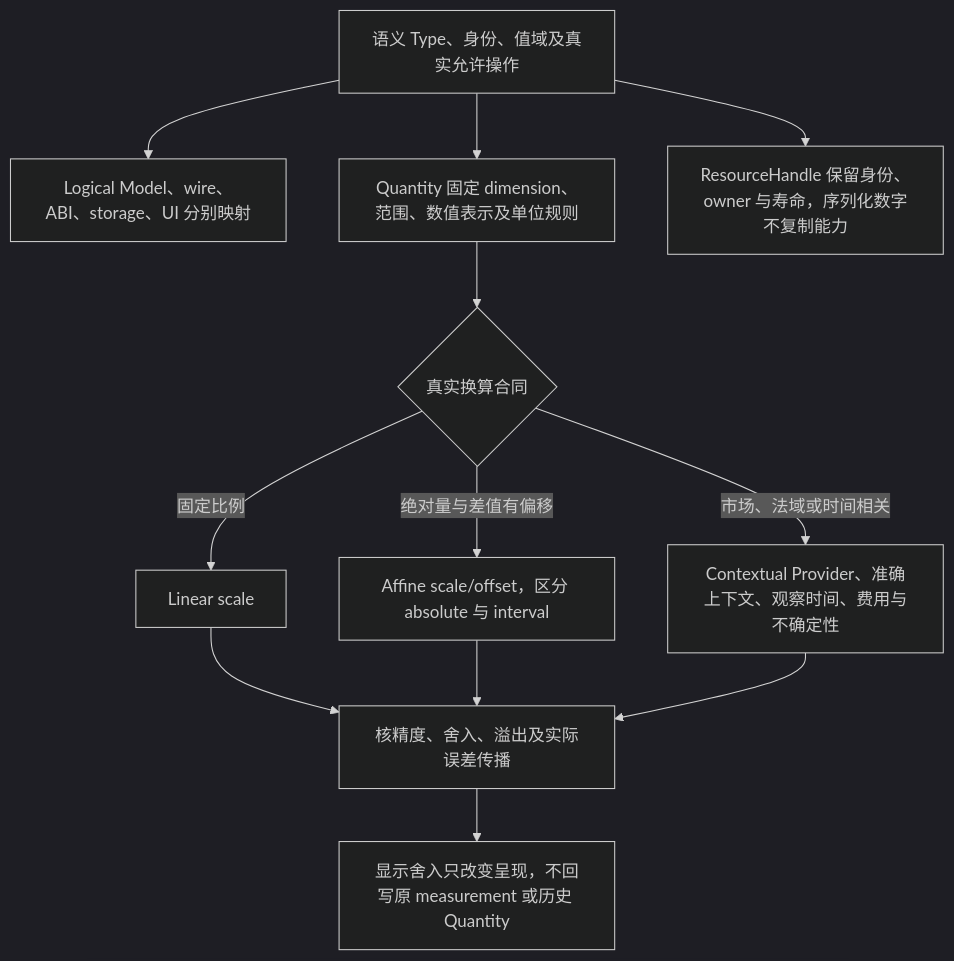
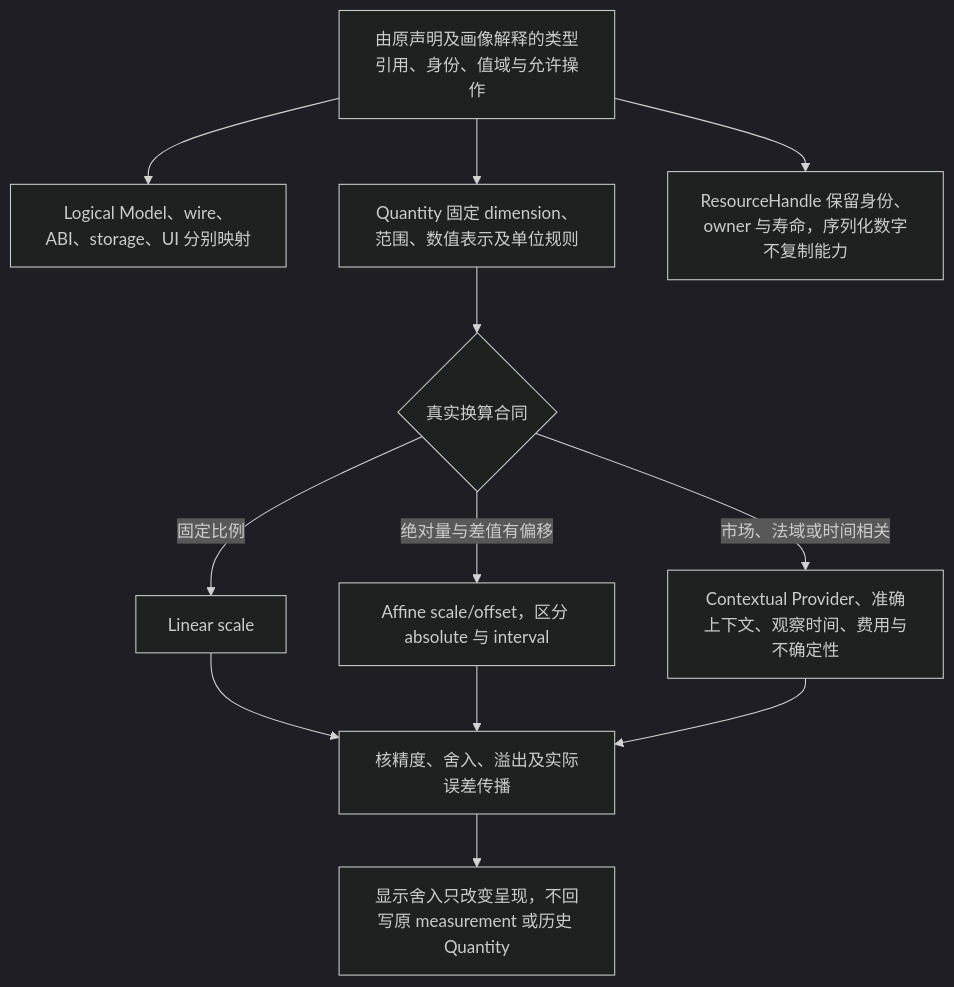
The sixth of 8 diagrams in docs/编译/表示/需求语义与实现选择.md (sec-platform/sec), drawn with Mermaid (dark theme) before and after one commit. The commit also changed other lines of this file and 33 other files, not shown here.

````diff
--- a/docs/编译/表示/需求语义与实现选择.md
+++ b/docs/编译/表示/需求语义与实现选择.md
@@ -731,14 +753,14 @@
 ```mermaid
 flowchart TD
-  type["语义 Type、身份、值域及真实允许操作"] --> representation["Logical Model、wire、ABI、storage、UI 分别映射"]
+  type["由原声明及画像解释的类型引用、身份、值域与允许操作"] --> representation["Logical Model、wire、ABI、storage、UI 分别映射"]
   type --> quantity["Quantity 固定 dimension、范围、数值表示及单位规则"]
   quantity --> conversion{"真实换算合同"}
   conversion -->|固定比例| linear["Linear scale"]
   conversion -->|绝对量与差值有偏移| affine["Affine scale/offset，区分 absolute 与 interval"]
   conversion -->|市场、法域或时间相关| contextual["Contextual Provider、准确上下文、观察时间、费用与不确定性"]
   linear --> check["核精度、舍入、溢出及实际误差传播"]
   affine --> check
   contextual --> check
   type --> resource["ResourceHandle 保留身份、owner 与寿命，序列化数字不复制能力"]
   check --> display["显示舍入只改变呈现，不回写原 measurement 或历史 Quantity"]
 ```
````
